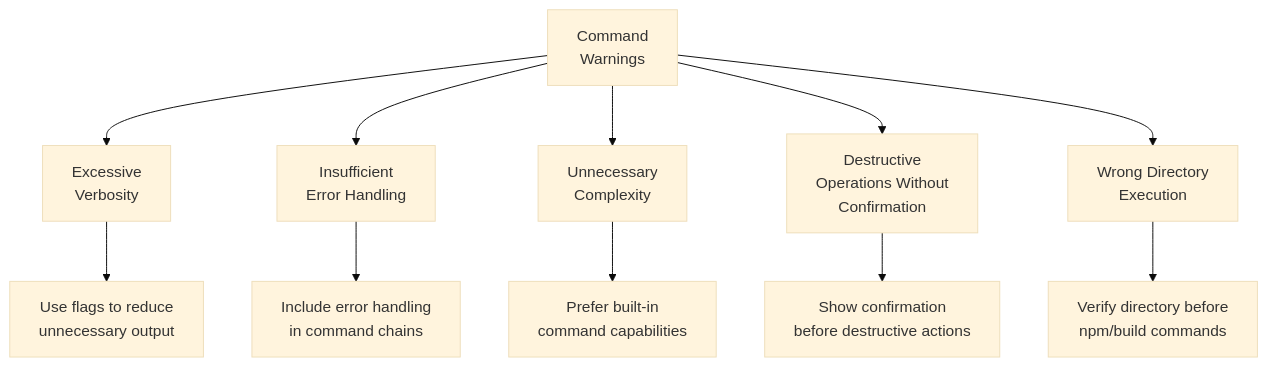
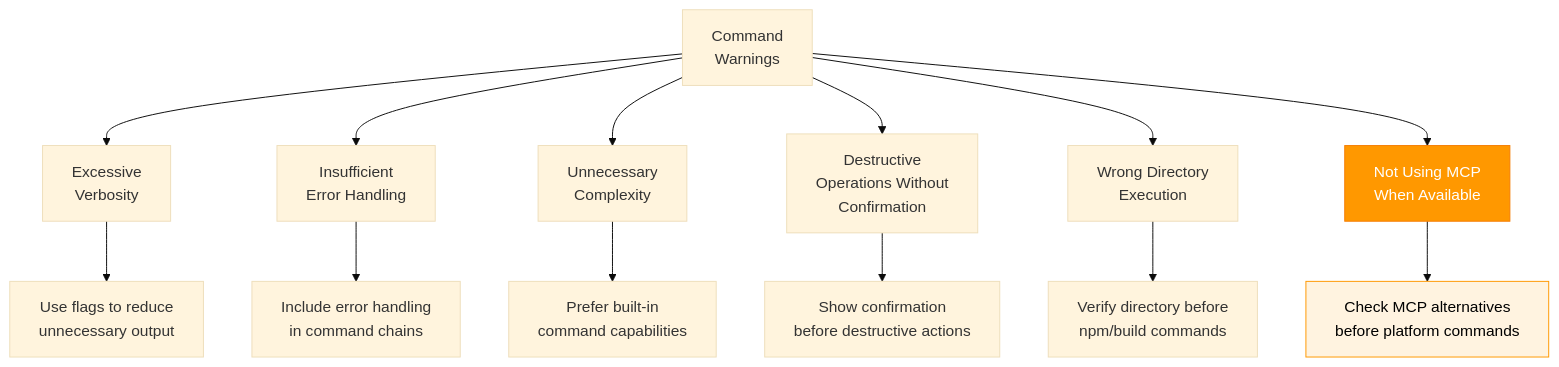
Diagram 11 of 11 in .cursor/rules/isolation_rules/Core/command-execution.mdc (jedita/cursor-memory-bank), drawn with Mermaid (base theme) before and after one commit. The commit also changed other lines of this file and 10 other files, not shown here.

````diff
--- a/.cursor/rules/isolation_rules/Core/command-execution.mdc
+++ b/.cursor/rules/isolation_rules/Core/command-execution.mdc
@@ -312,14 +515,19 @@
 ```mermaid
 graph TD
     Warning["Command<br>Warnings"] --> W1["Excessive<br>Verbosity"]
     Warning --> W2["Insufficient<br>Error Handling"]
     Warning --> W3["Unnecessary<br>Complexity"]
     Warning --> W4["Destructive<br>Operations Without<br>Confirmation"]
     Warning --> W5["Wrong Directory<br>Execution"]
+    Warning --> W6["Not Using MCP<br>When Available"]
     
     W1 --> S1["Use flags to reduce<br>unnecessary output"]
     W2 --> S2["Include error handling<br>in command chains"]
     W3 --> S3["Prefer built-in<br>command capabilities"]
     W4 --> S4["Show confirmation<br>before destructive actions"]
     W5 --> S5["Verify directory before<br>npm/build commands"]
+    W6 --> S6["Check MCP alternatives<br>before platform commands"]
+    
+    style W6 fill:#ff9800,stroke:#f57c00,color:white
+    style S6 fill:#fff3e0,stroke:#ff9800,color:black
 ``` 
````
